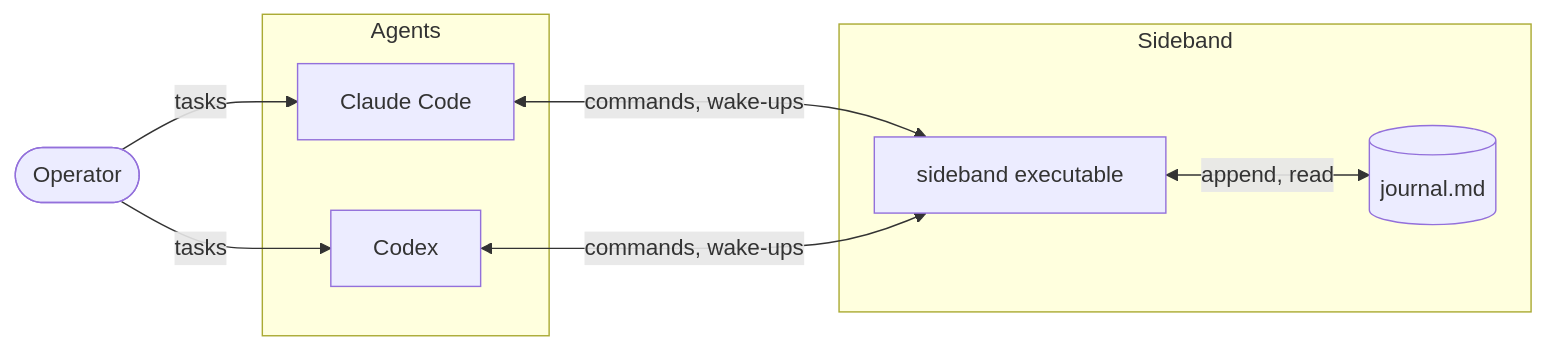
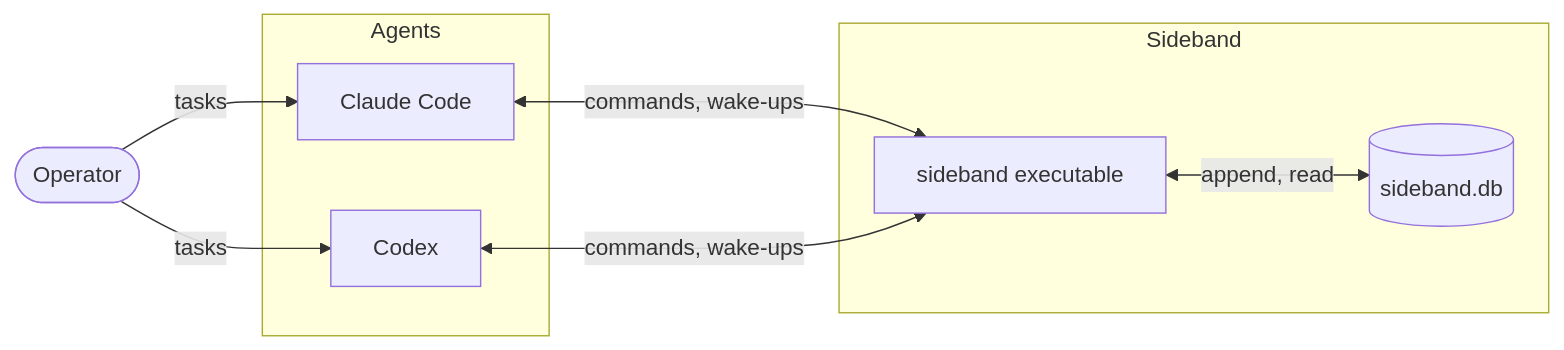
One commit to moltenbits/sideband changed the first of 2 diagrams in README.md. Above: the diagram before and after it, drawn with Mermaid. The commit also changed other lines of this file and 78 other files, not shown here.

````diff
--- a/README.md
+++ b/README.md
@@ -44,18 +44,18 @@
 ```mermaid
 flowchart LR
     Operator(["Operator"])
     subgraph Agents
         Claude["Claude Code"]
         Codex["Codex"]
     end
     subgraph Sideband
         Bin["sideband executable"]
-        Journal[("journal.md")]
+        Journal[("sideband.db")]
     end
 
     Operator -- tasks --> Claude
     Operator -- tasks --> Codex
     Claude <-- "commands, wake-ups" --> Bin
     Codex <-- "commands, wake-ups" --> Bin
     Bin <-- "append, read" --> Journal
 ```
````
